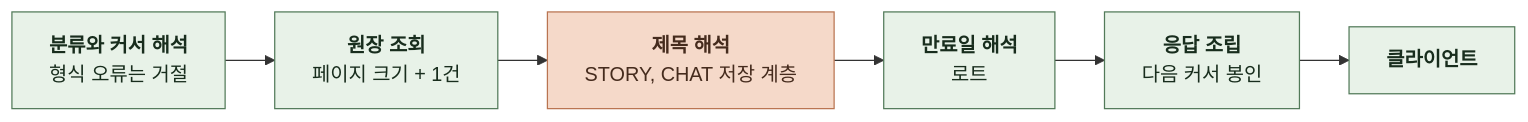
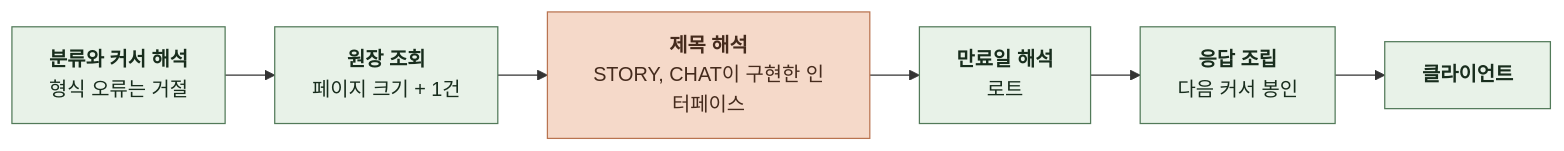
The tenth of 16 diagrams in docs/domain/PAYMENT/BACKEND/4-1-PIPELINES.md (KIM-N-KANG/knk-harness), drawn with Mermaid before and after one commit. The commit also changed other lines of this file and 17 other files, not shown here.

````diff
--- a/docs/domain/PAYMENT/BACKEND/4-1-PIPELINES.md
+++ b/docs/domain/PAYMENT/BACKEND/4-1-PIPELINES.md
@@ -283,18 +283,18 @@
 ```mermaid
 %%{init: {"flowchart": {"curve": "basis", "nodeSpacing": 24, "rankSpacing": 40}}}%%
 flowchart LR
     A["`**분류와 커서 해석**
 형식 오류는 거절`"] --> B["`**원장 조회**
 페이지 크기 + 1건`"]
     B --> C["`**제목 해석**
-STORY, CHAT 저장 계층`"]
+STORY, CHAT이 구현한 인터페이스`"]
     C --> D["`**만료일 해석**
 로트`"]
     D --> E["`**응답 조립**
 다음 커서 봉인`"]
     E --> F["`**클라이언트**`"]
     classDef comp fill:#E8F2E8,stroke:#527A59,color:#182D1D
     classDef task fill:#F5D9C9,stroke:#B97450,color:#452B1D
     class A,B,D,E,F comp
     class C task
 ```
````
